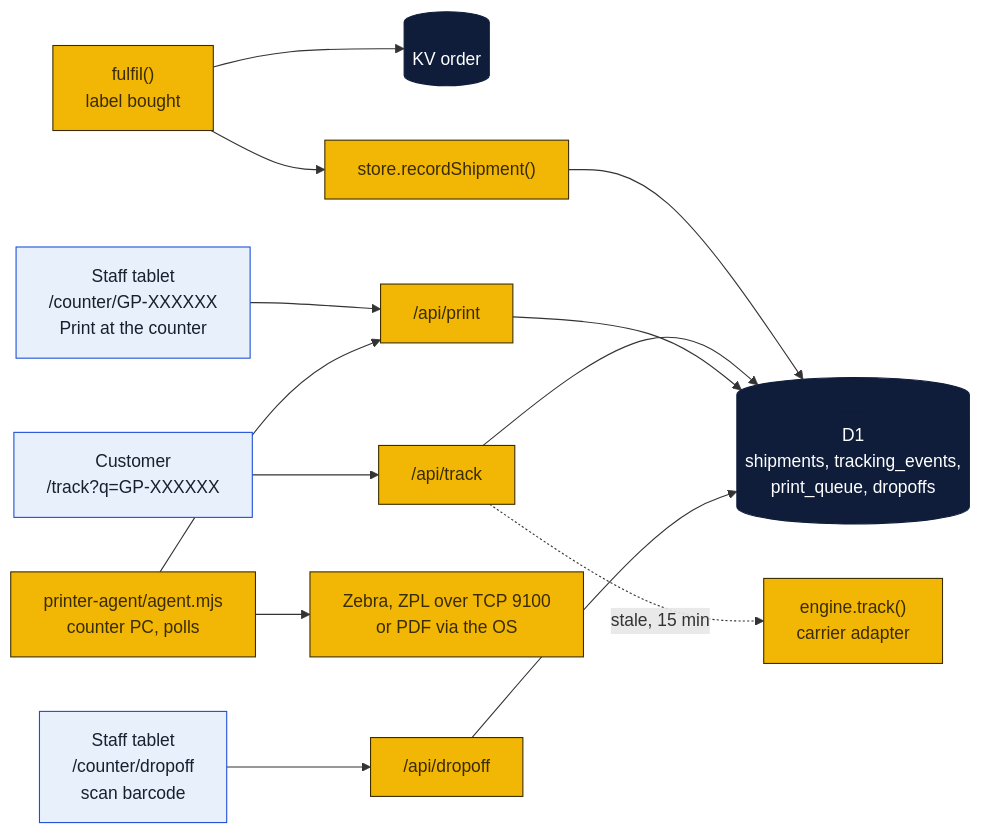
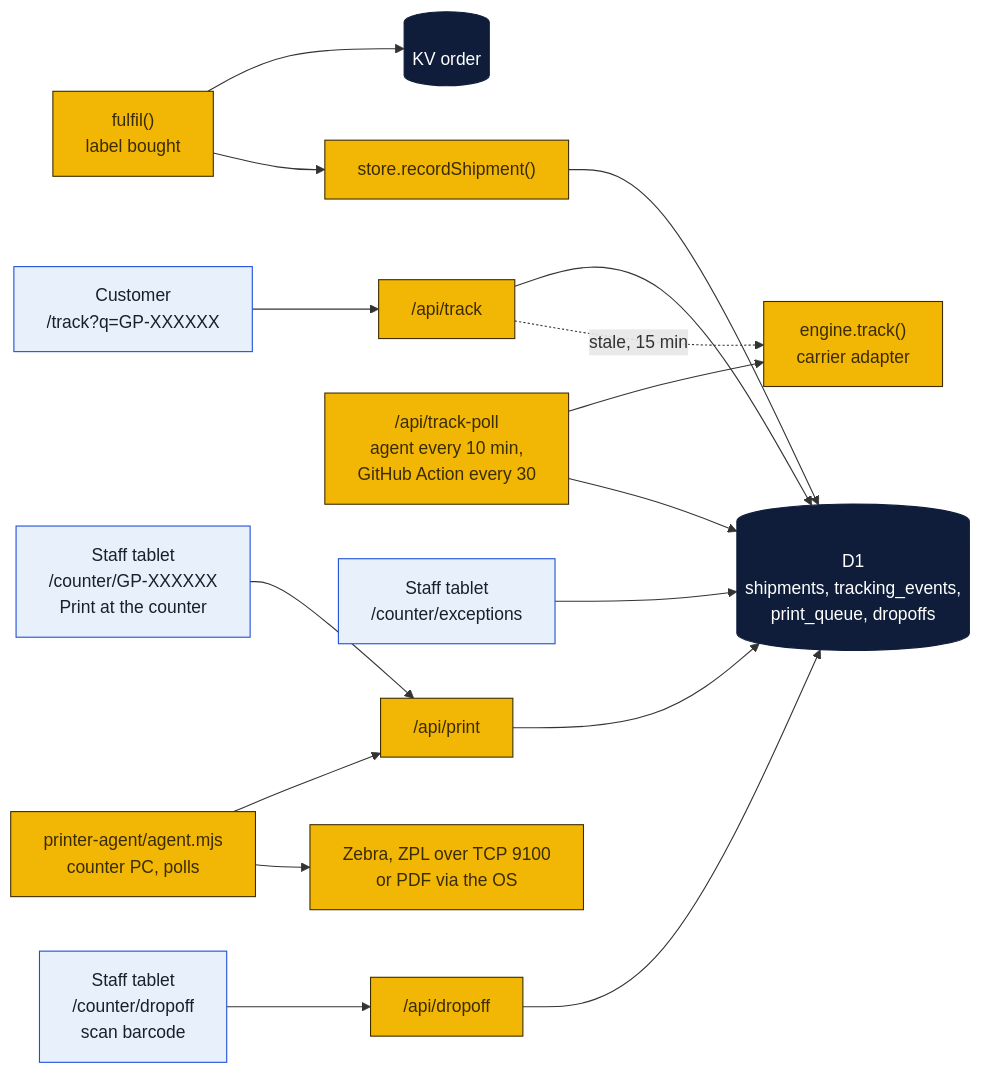
One commit to wbp318/goin-postal-forsythe changed the second of 6 diagrams in shipping-client/README.md. Above: the diagram before and after it, drawn with Mermaid. The commit also changed other lines of this file and 14 other files, not shown here.

First line of the commit message:
PeterShip: tracking poll and staff exceptions list

````diff
--- a/shipping-client/README.md
+++ b/shipping-client/README.md
@@ -53,14 +55,17 @@
 ```mermaid
 flowchart LR
   F["fulfil()<br/>label bought"]:::local --> KV[("KV order")]:::cloud
   F --> ST["store.recordShipment()"]:::local --> D1[("D1<br/>shipments, tracking_events,<br/>print_queue, dropoffs")]:::cloud
   C["Customer<br/>/track?q=GP-XXXXXX"]:::you --> TA["/api/track"]:::local --> D1
   TA -.->|stale, 15 min| TR["engine.track()<br/>carrier adapter"]:::local
+  PL["/api/track-poll<br/>agent every 10 min,<br/>GitHub Action every 30"]:::local --> TR
+  PL --> D1
+  EX["Staff tablet<br/>/counter/exceptions"]:::you --> D1
   K["Staff tablet<br/>/counter/GP-XXXXXX<br/>Print at the counter"]:::you --> PQ["/api/print"]:::local --> D1
   AG["printer-agent/agent.mjs<br/>counter PC, polls"]:::local --> PQ
   AG --> Z["Zebra, ZPL over TCP 9100<br/>or PDF via the OS"]:::local
   DO["Staff tablet<br/>/counter/dropoff<br/>scan barcode"]:::you --> DA["/api/dropoff"]:::local --> D1
   classDef local fill:#f2b705,stroke:#3b2c00,color:#3b2c00
   classDef cloud fill:#0f1d3a,stroke:#0f1d3a,color:#ffffff
   classDef you fill:#e8f1fb,stroke:#1d4ed8,color:#17202d
 ```
````
